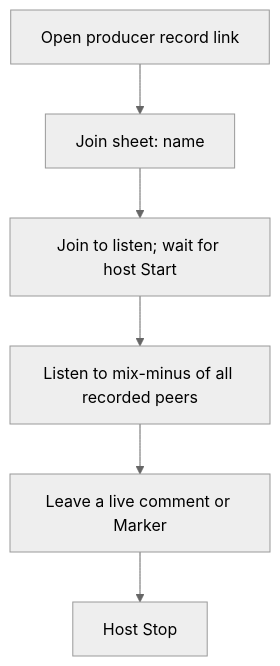
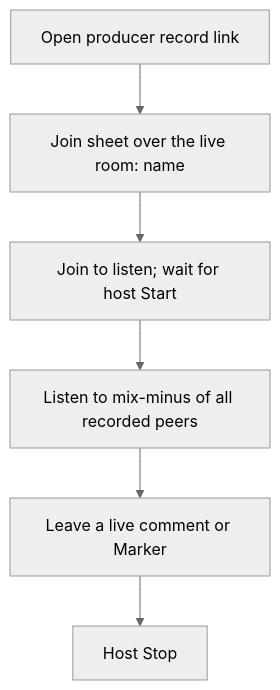
Before and after one commit to calebn/sharecut-studio: the sixth of 6 diagrams in ux/pages/guest-journeys.md, drawn with Mermaid (neutral theme). The commit also changed other lines of this file and 4 other files, not shown here.

First line of the commit message:
docs(record): the producer page looks in before it joins

````diff
--- a/ux/pages/guest-journeys.md
+++ b/ux/pages/guest-journeys.md
@@ -511,8 +511,8 @@
 ```mermaid
 flowchart TD
-  open[Open producer record link] --> sheet[Join sheet: name]
+  open[Open producer record link] --> sheet[Join sheet over the live room: name]
   sheet --> wait[Join to listen; wait for host Start]
   wait --> rec[Listen to mix-minus of all recorded peers]
   rec --> note[Leave a live comment or Marker]
   note --> stop[Host Stop]
 ```
````
